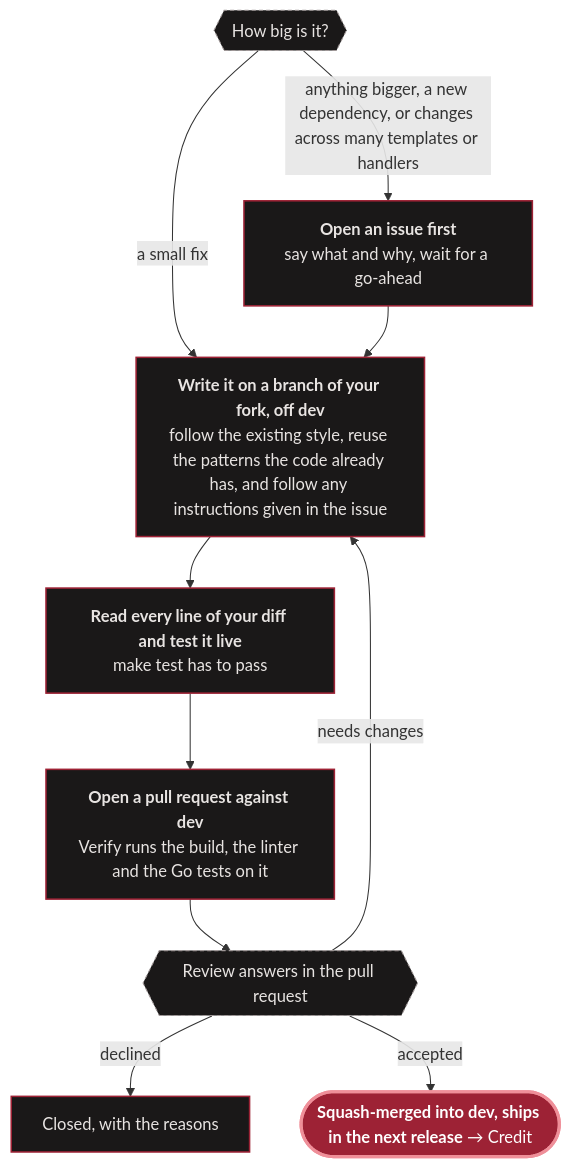
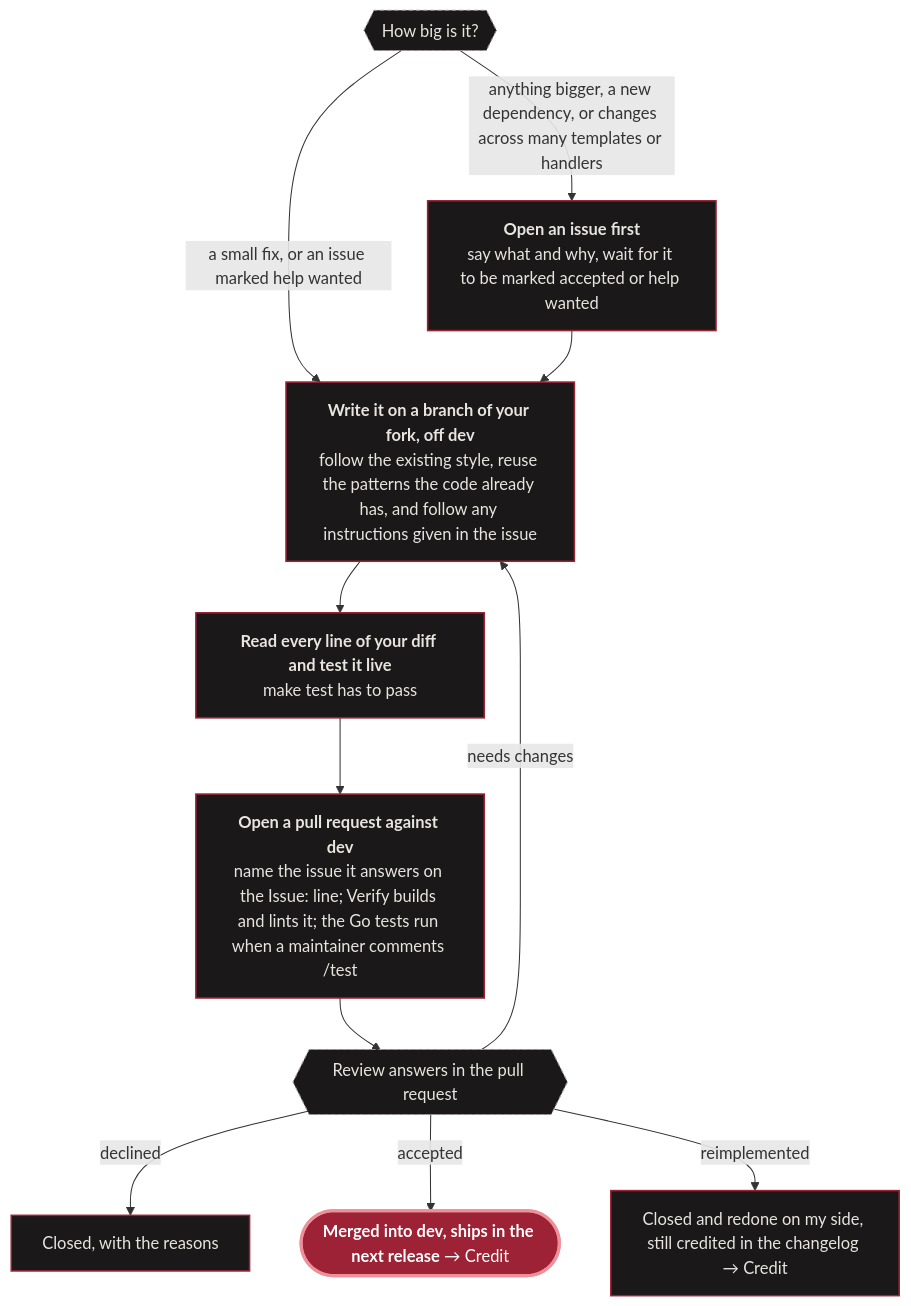
The fourth of 8 diagrams in CONTRIBUTING.md (monbooru/monbooru), drawn with Mermaid before and after one commit. The commit also changed other lines of this file and 127 other files, not shown here.

````diff
--- a/CONTRIBUTING.md
+++ b/CONTRIBUTING.md
@@ -128,33 +130,34 @@
 ```mermaid
 ---
 config:
   layout: dagre
   flowchart:
     wrappingWidth: 220
 ---
 flowchart TD
     size{{"How big is it?"}}
-    size -->|"a small fix"| branch
+    size -->|"a small fix, or an issue marked help wanted"| branch
     size -->|"anything bigger, a new dependency, or changes across many templates or handlers"| ask["`**Open an issue first**
-    say what and why, wait for a go-ahead`"]
+    say what and why, wait for it to be marked accepted or help wanted`"]
     ask --> branch["`**Write it on a branch of your fork, off dev**
     follow the existing style, reuse the patterns the code already has, and follow any instructions given in the issue`"]
     branch --> self["`**Read every line of your diff and test it live**
     make test has to pass`"]
     self --> pr["`**Open a pull request against dev**
-    Verify runs the build, the linter and the Go tests on it`"]
+    name the issue it answers on the Issue: line; Verify builds and lints it; the Go tests run when a maintainer comments /test`"]
     pr --> review{{"Review answers in the pull request"}}
     review -->|"needs changes"| branch
     review -->|"declined"| declined["`Closed, with the reasons`"]
-    review -->|"accepted"| ship(["`**Squash-merged into dev, ships in the next release** → Credit`"])
+    review -->|"accepted"| ship(["`**Merged into dev, ships in the next release** → Credit`"])
+    review -->|"reimplemented"| redone["`Closed and redone on my side, still credited in the changelog → Credit`"]
 
     class ship hub;
-    class ask,branch,self,pr,declined step;
+    class ask,branch,self,pr,declined,redone step;
     class size,review ask;
 
     classDef hub  fill:#9d2235,stroke:#ef8f99,stroke-width:3px,color:#ffffff;
     classDef case fill:#3a161c,stroke:#ef8f99,stroke-width:1.5px,color:#ffffff;
     classDef step fill:#1a1818,stroke:#9d2235,stroke-width:1.5px,color:#e8e4e2;
     classDef ask  fill:#1a1818,stroke:#a09898,stroke-width:1px,stroke-dasharray:4 3,color:#e8e4e2;
     classDef repo fill:#1a1818,stroke:#a09898,stroke-width:1px,color:#a09898;
 ```
````
